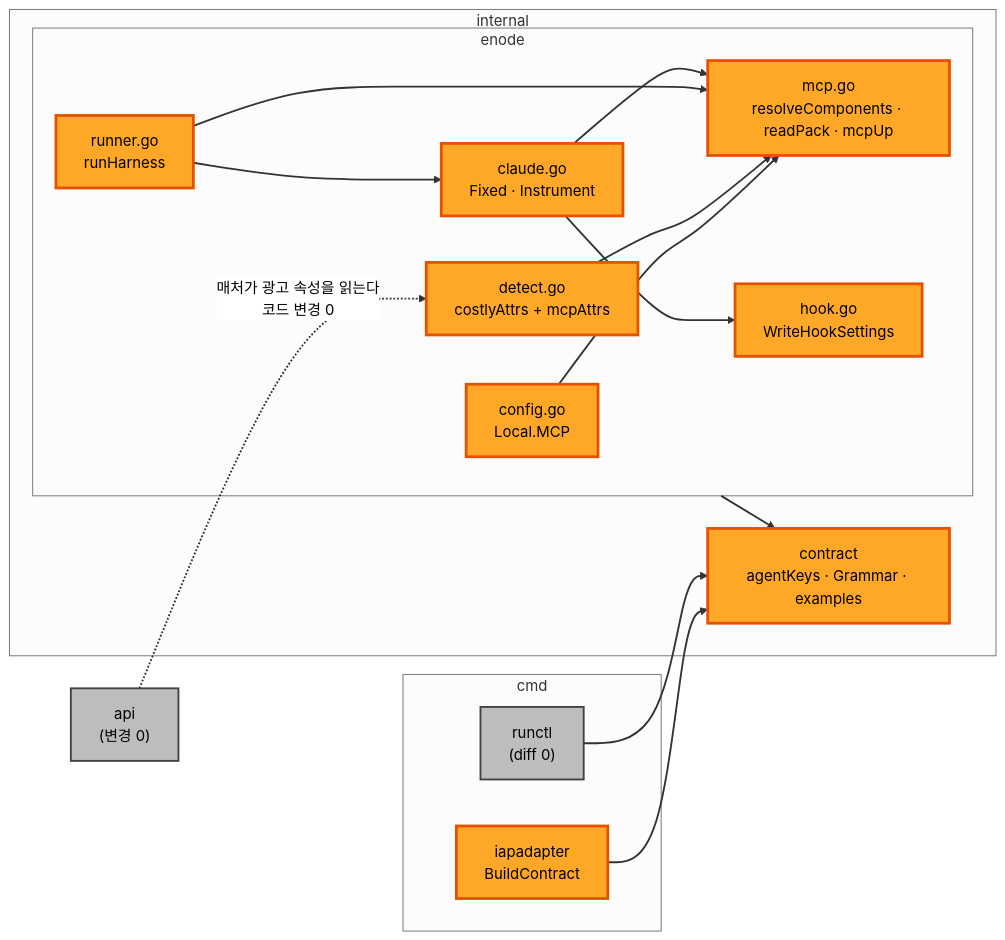
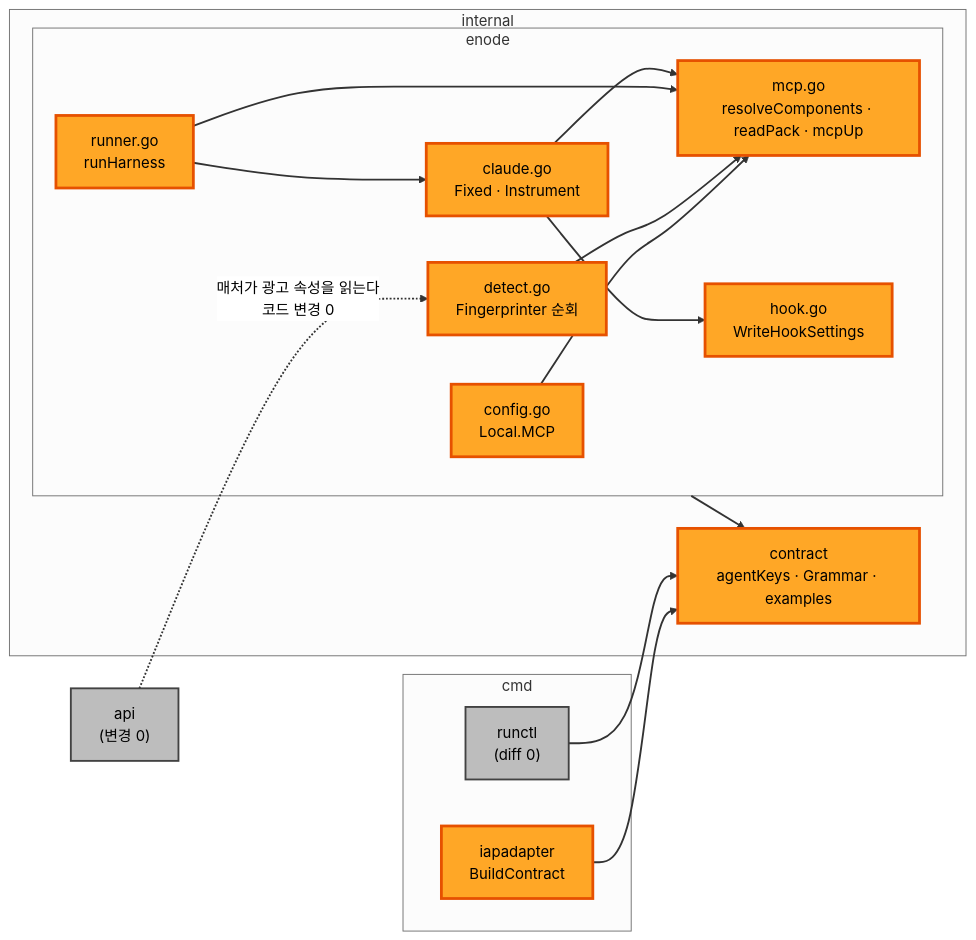
One commit to taeels/enode-fixup-project changed the diagram in aidlc-docs/v3-run-harness-components/inception/application-design/component-dependency.md. Above: the diagram before and after it, drawn with Mermaid (neutral theme). The commit also changed other lines of this file and 14 other files, not shown here.

````diff
--- a/aidlc-docs/v3-run-harness-components/inception/application-design/component-dependency.md
+++ b/aidlc-docs/v3-run-harness-components/inception/application-design/component-dependency.md
@@ -28,42 +28,42 @@
 ```mermaid
 flowchart LR
     subgraph CMD["cmd"]
         IAP["iapadapter<br/>BuildContract"]
         RCTL["runctl<br/>(diff 0)"]
     end
     subgraph INT["internal"]
         CT["contract<br/>agentKeys · Grammar · examples"]
         subgraph EN["enode"]
             CFG["config.go<br/>Local.MCP"]
             MCP["mcp.go<br/>resolveComponents · readPack · mcpUp"]
-            DET["detect.go<br/>costlyAttrs + mcpAttrs"]
+            DET["detect.go<br/>Fingerprinter 순회"]
             RUN["runner.go<br/>runHarness"]
             CLA["claude.go<br/>Fixed · Instrument"]
             HOOK["hook.go<br/>WriteHookSettings"]
         end
     end
     MED["api<br/>(변경 0)"]
 
     IAP --> CT
     RCTL --> CT
     EN --> CT
     CFG --> MCP
     DET --> MCP
     RUN --> MCP
     RUN --> CLA
     CLA --> HOOK
     CLA --> MCP
     MED -.->|매처가 광고 속성을 읽는다<br/>코드 변경 0| DET
 
     style MCP fill:#FFA726,stroke:#E65100,stroke-width:3px,color:#000
     style RUN fill:#FFA726,stroke:#E65100,stroke-width:3px,color:#000
     style CLA fill:#FFA726,stroke:#E65100,stroke-width:3px,color:#000
     style DET fill:#FFA726,stroke:#E65100,stroke-width:3px,color:#000
     style CFG fill:#FFA726,stroke:#E65100,stroke-width:3px,color:#000
     style CT fill:#FFA726,stroke:#E65100,stroke-width:3px,color:#000
     style IAP fill:#FFA726,stroke:#E65100,stroke-width:3px,color:#000
     style HOOK fill:#FFA726,stroke:#E65100,stroke-width:3px,color:#000
     style RCTL fill:#BDBDBD,stroke:#424242,stroke-width:2px,color:#000
     style MED fill:#BDBDBD,stroke:#424242,stroke-width:2px,color:#000
     linkStyle default stroke:#333,stroke-width:2px
 ```
````
